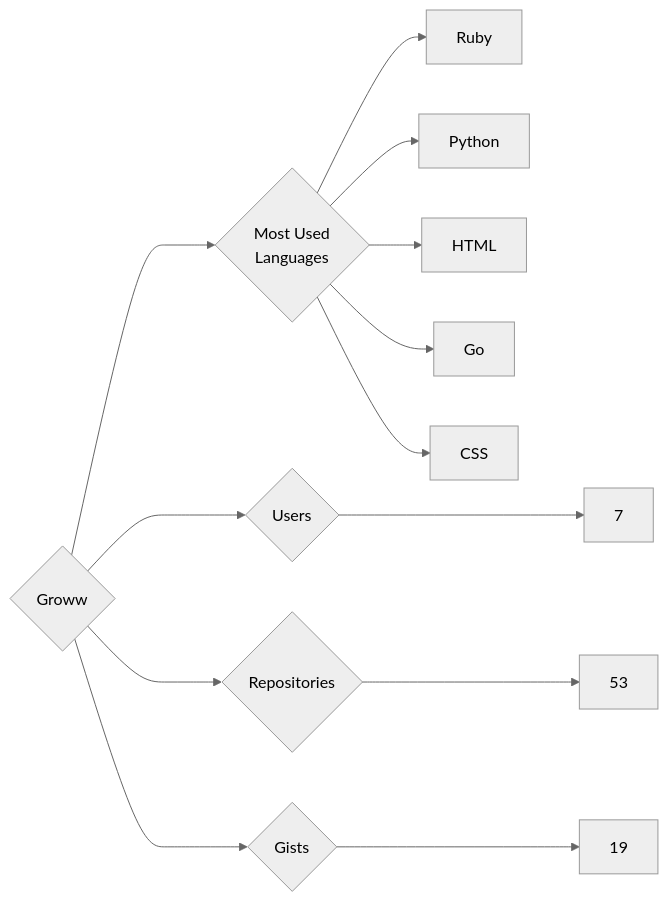
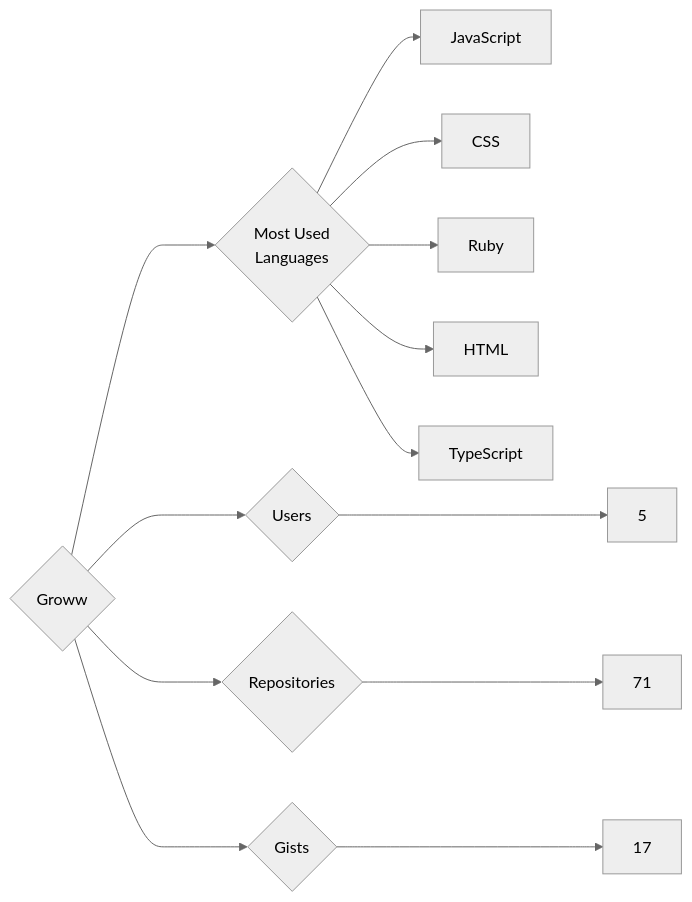
Before and after one commit to trickest/insiders: the diagram in targets/Groww/README.md, drawn with Mermaid (neutral theme). The commit also changed 1030 other files, not shown here.

````diff
--- a/targets/Groww/README.md
+++ b/targets/Groww/README.md
@@ -3,13 +3,13 @@
 ```mermaid
 graph LR
 COMPANY_NAME{Groww}
-COMPANY_NAME ---> U{Users} ---> UN[7]
-COMPANY_NAME ---> R{Repositories} ---> RN[53]
-COMPANY_NAME ---> G{Gists} ---> GN[19]
+COMPANY_NAME ---> U{Users} ---> UN[5]
+COMPANY_NAME ---> R{Repositories} ---> RN[71]
+COMPANY_NAME ---> G{Gists} ---> GN[17]
 COMPANY_NAME ---> ML{Most Used<br>Languages}
+ML --> JavaScript[JavaScript]
+ML --> CSS[CSS]
 ML --> Ruby[Ruby]
-ML --> Python[Python]
 ML --> HTML[HTML]
-ML --> Go[Go]
-ML --> CSS[CSS]
+ML --> TypeScript[TypeScript]
 ```
````
